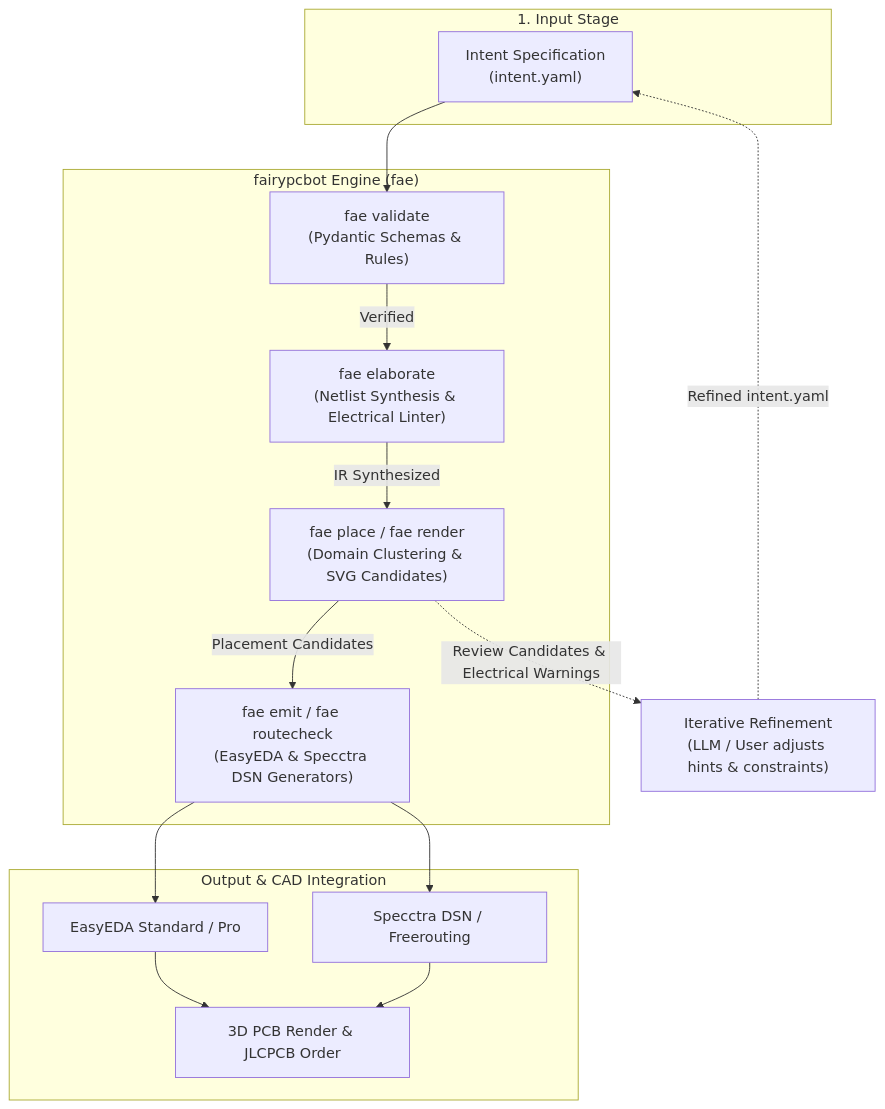
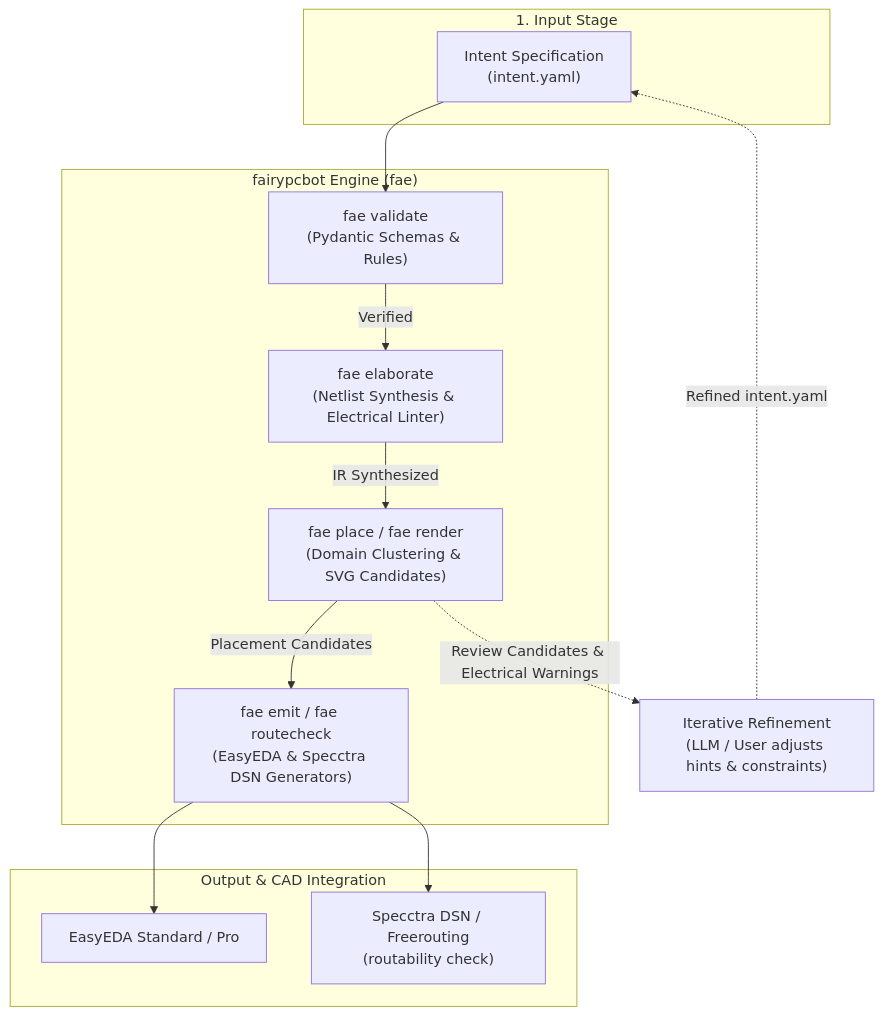
The diagram in README.md (fabriciorit/fairypcbot), drawn with Mermaid before and after one commit.

Commit message:
docs: fix mermaid diagram in README
Replace invalid \n line breaks with <br/> (was causing GitHub's
Mermaid renderer to fail with "Cannot read properties of undefined
(reading 'render')"). Also remove the "3D PCB Render & JLCPCB Order"
node, which had no corresponding implementation in the codebase.

````diff
--- a/README.md
+++ b/README.md
@@ -81,32 +81,29 @@
 ```mermaid
 flowchart TD
     subgraph Input["1. Input Stage"]
-        A["Intent Specification\n(intent.yaml)"]
+        A["Intent Specification<br/>(intent.yaml)"]
     end
 
     subgraph CoreEngine["fairypcbot Engine (fae)"]
-        B["fae validate\n(Pydantic Schemas & Rules)"]
-        C["fae elaborate\n(Netlist Synthesis & Electrical Linter)"]
-        D["fae place / fae render\n(Domain Clustering & SVG Candidates)"]
-        E["fae emit / fae routecheck\n(EasyEDA & Specctra DSN Generators)"]
+        B["fae validate<br/>(Pydantic Schemas & Rules)"]
+        C["fae elaborate<br/>(Netlist Synthesis & Electrical Linter)"]
+        D["fae place / fae render<br/>(Domain Clustering & SVG Candidates)"]
+        E["fae emit / fae routecheck<br/>(EasyEDA & Specctra DSN Generators)"]
     end
 
     subgraph Output["Output & CAD Integration"]
         F["EasyEDA Standard / Pro"]
-        G["Specctra DSN / Freerouting"]
-        H["3D PCB Render & JLCPCB Order"]
+        G["Specctra DSN / Freerouting<br/>(routability check)"]
     end
 
     A --> B
     B -->|Verified| C
     C -->|IR Synthesized| D
     D -->|Placement Candidates| E
     E --> F
     E --> G
-    F --> H
-    G --> H
 
     %% Iterative Feedback Loop
-    D -.->|Review Candidates & Electrical Warnings| I["Iterative Refinement\n(LLM / User adjusts hints & constraints)"]
+    D -.->|Review Candidates & Electrical Warnings| I["Iterative Refinement<br/>(LLM / User adjusts hints & constraints)"]
     I -.->|Refined intent.yaml| A
 ```
````
